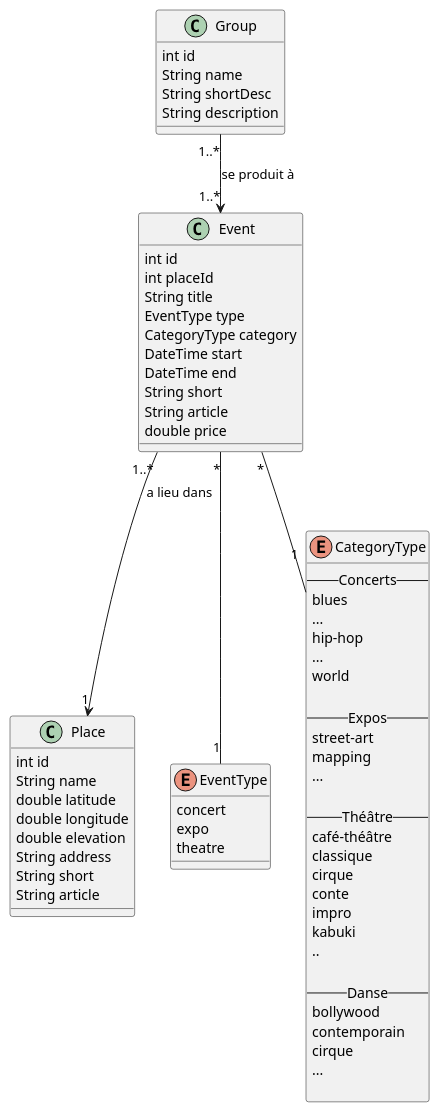
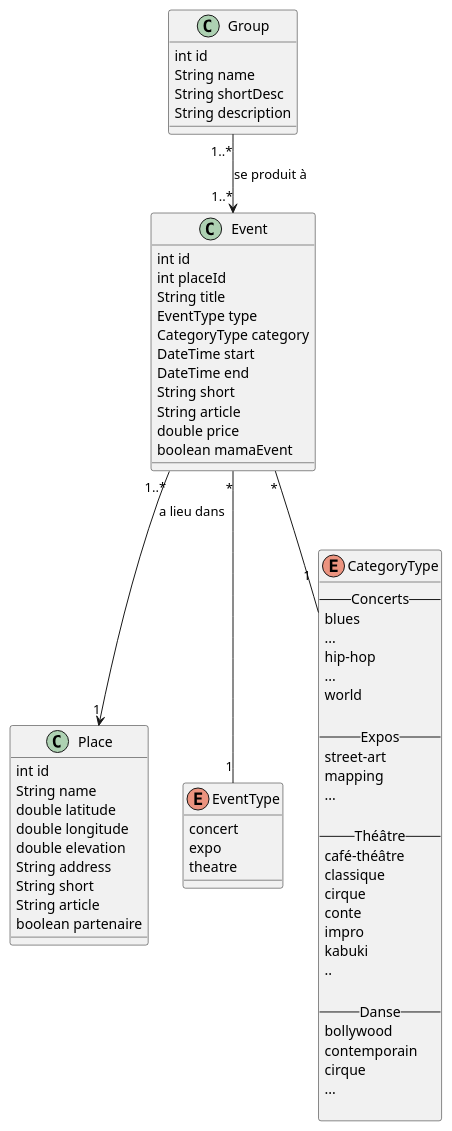
The diagram in doc/UML/diagramme de classe.puml (yomat/mamasound), drawn with PlantUML before and after one commit. The commit also changed 1 other file, not shown here.

Commit message:
Daily save : uml

```diff
--- a/doc/UML/diagramme de classe.puml
+++ b/doc/UML/diagramme de classe.puml
@@ -1,74 +1,76 @@
 @startuml
 
 class Event {
     int id
     int placeId
     String title
     EventType type
     CategoryType category
     DateTime start
     DateTime end
     String short
     String article
     double price
+    boolean mamaEvent
 }
 
 class Group {
     int id
     String name
     String shortDesc
     String description
 }
 
 class Place {
     int id
     String name
     double latitude
     double longitude
     double elevation
     String address
     String short
     String article
+    boolean partenaire
 }
 
 enum EventType {
     concert
     expo
     theatre
 }
 enum CategoryType {
 --Concerts--
     blues
     ...
     hip-hop
     ...
     world
 
 --Expos--
     street-art
     mapping
     ...
 
 --Théâtre--
     café-théâtre
     classique
     cirque
     conte
     impro
     kabuki
     ..
 
 --Danse--
     bollywood
     contemporain
     cirque
     ...
 
 }
 
 Group --> Event: "1..*" se produit à "1..*"
 Event --> Place: "1..*" a lieu dans "1"
 Event -- EventType: "*" "1"
 Event -- CategoryType: "*" "1"
 
 @enduml
```
